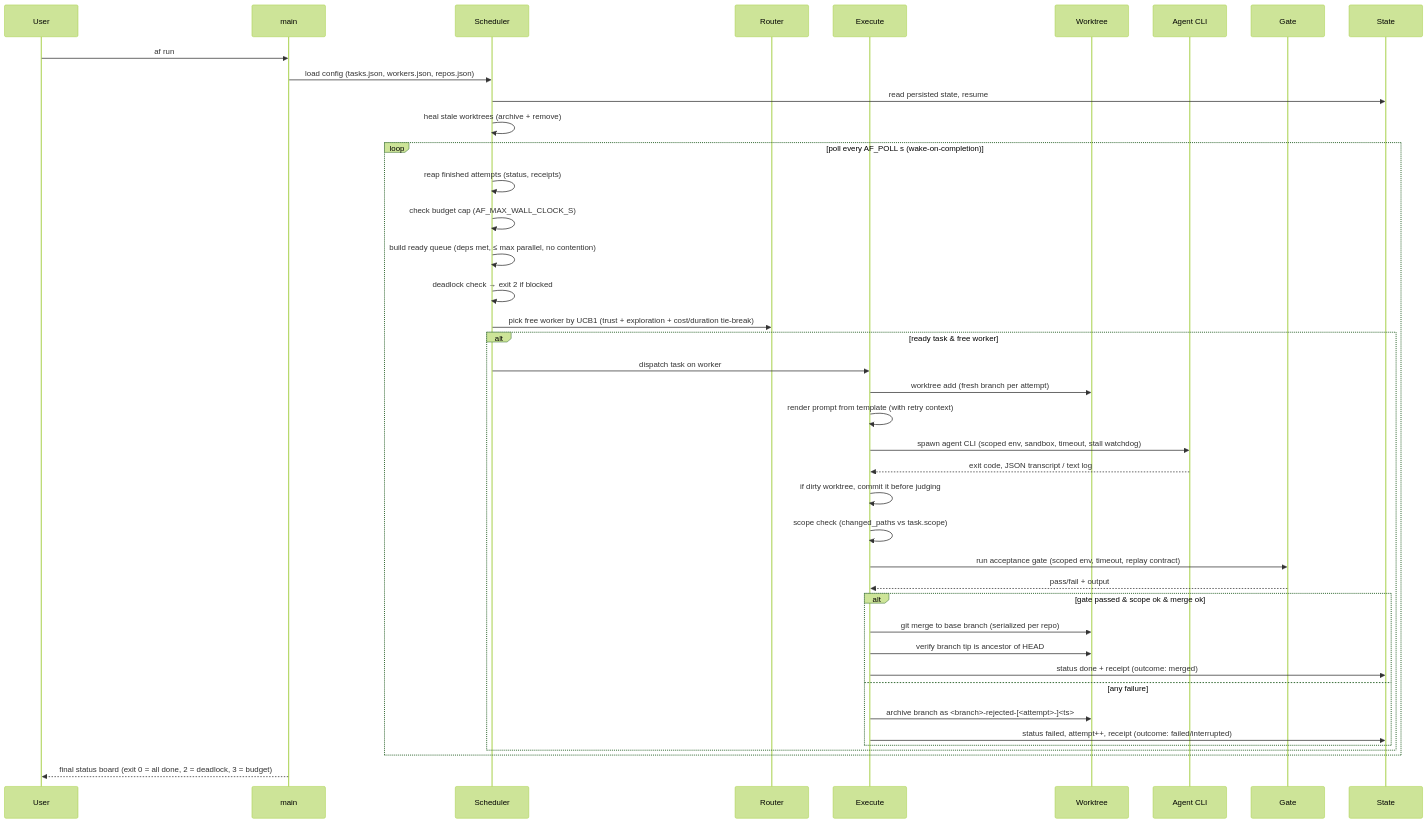
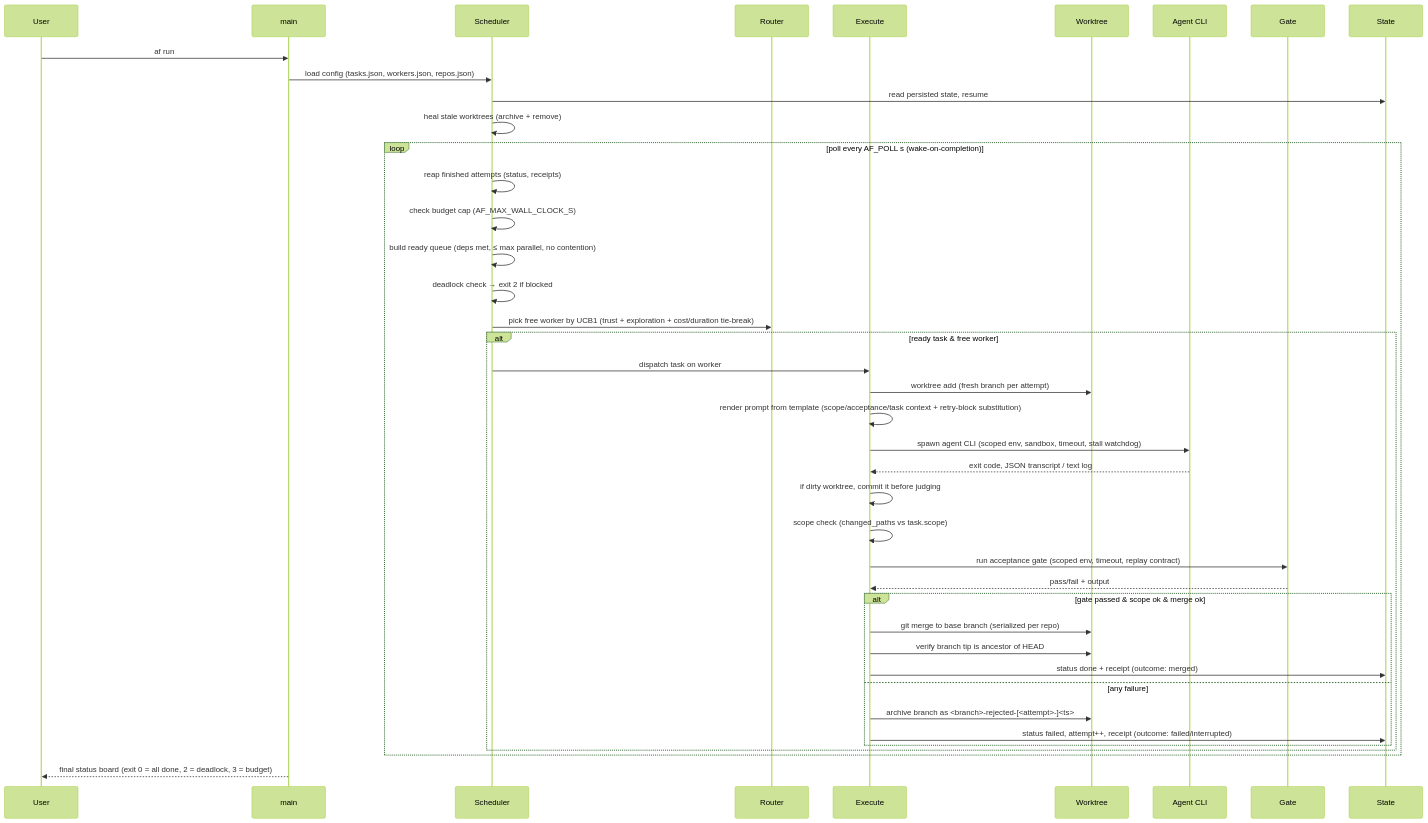
Before and after one commit to tobias-weiss-ai-xr/agentflow-public: the diagram in docs/arc42/06-runtime-view.md, drawn with Mermaid (forest theme). The commit also changed other lines of this file and 39 other files, not shown here.

First line of the commit message:
sync: dynamic workers + per-task context, failure hardening, ADR-16 module map

````diff
--- a/docs/arc42/06-runtime-view.md
+++ b/docs/arc42/06-runtime-view.md
@@ -5,44 +5,44 @@
 ```mermaid
 sequenceDiagram
   participant U as User
   participant M as main
   participant S as Scheduler
   participant R as Router
   participant E as Execute
   participant WT as Worktree
   participant A as Agent CLI
   participant G as Gate
   participant ST as State
 
   U->>M: af run
   M->>S: load config (tasks.json, workers.json, repos.json)
   S->>ST: read persisted state, resume
   S->>S: heal stale worktrees (archive + remove)
   loop poll every AF_POLL s (wake-on-completion)
     S->>S: reap finished attempts (status, receipts)
     S->>S: check budget cap (AF_MAX_WALL_CLOCK_S)
     S->>S: build ready queue (deps met, ≤ max parallel, no contention)
     S->>S: deadlock check → exit 2 if blocked
     S->>R: pick free worker by UCB1 (trust + exploration + cost/duration tie-break)
     alt ready task & free worker
       S->>E: dispatch task on worker
       E->>WT: worktree add (fresh branch per attempt)
-      E->>E: render prompt from template (with retry context)
+      E->>E: render prompt from template (scope/acceptance/task context + retry-block substitution)
       E->>A: spawn agent CLI (scoped env, sandbox, timeout, stall watchdog)
       A-->>E: exit code, JSON transcript / text log
       E->>E: if dirty worktree, commit it before judging
       E->>E: scope check (changed_paths vs task.scope)
       E->>G: run acceptance gate (scoped env, timeout, replay contract)
       G-->>E: pass/fail + output
       alt gate passed & scope ok & merge ok
         E->>WT: git merge to base branch (serialized per repo)
         E->>WT: verify branch tip is ancestor of HEAD
         E->>ST: status done + receipt (outcome: merged)
       else any failure
         E->>WT: archive branch as <branch>-rejected-[<attempt>-]<ts>
         E->>ST: status failed, attempt++, receipt (outcome: failed/interrupted)
       end
     end
   end
   M-->>U: final status board (exit 0 = all done, 2 = deadlock, 3 = budget)
 ```
````
